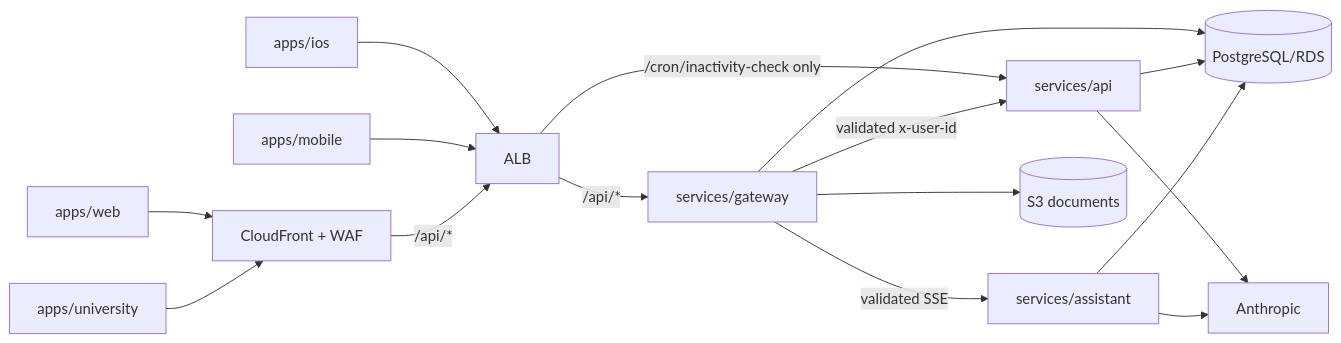
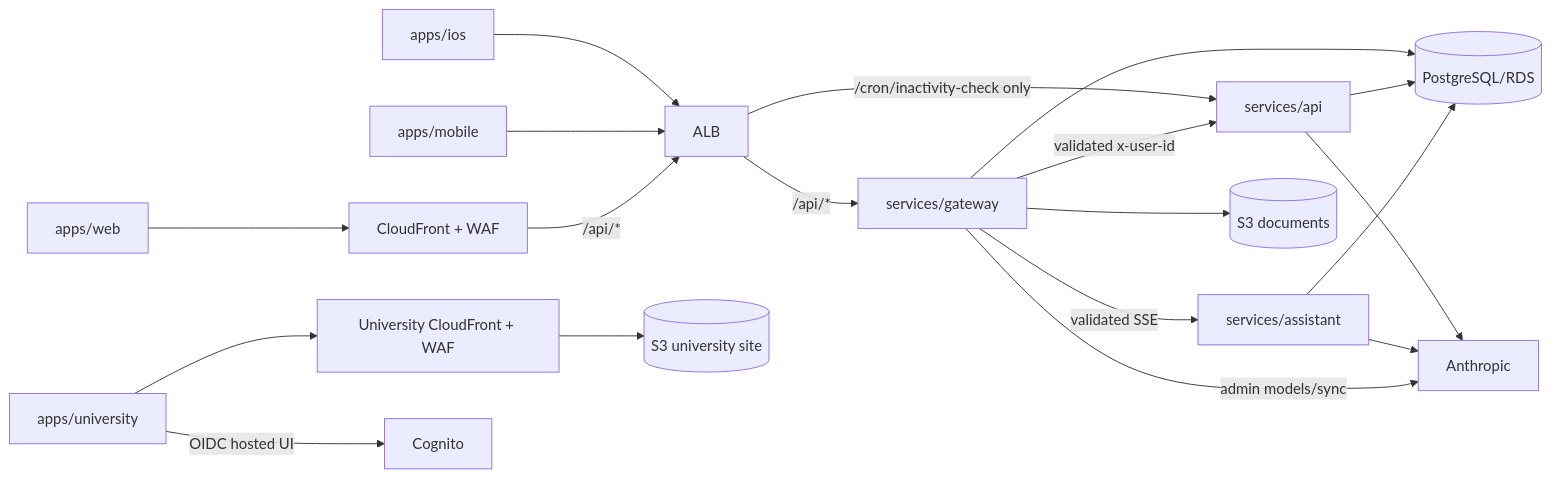
One commit to reddy-sh/pattadar-platform changed the diagram in .kiro/skills/architecture-trace/references/system-map.md. Above: the diagram before and after it, drawn with Mermaid. The commit also changed other lines of this file and 864 other files, not shown here.

````diff
--- a/.kiro/skills/architecture-trace/references/system-map.md
+++ b/.kiro/skills/architecture-trace/references/system-map.md
@@ -28,15 +28,17 @@
 ```mermaid
 flowchart LR
   WEB[apps/web] --> EDGE[CloudFront + WAF]
   IOS[apps/ios] --> ALB[ALB]
   MOB[apps/mobile] --> ALB
-  UNI[apps/university] --> EDGE
+  UNI[apps/university] --> UEDGE[University CloudFront + WAF] --> USITE[(S3 university site)]
+  UNI -->|OIDC hosted UI| COG[Cognito]
   EDGE -->|/api/*| ALB
   ALB -->|/api/*| GW[services/gateway]
   ALB -->|/cron/inactivity-check only| API[services/api]
   GW -->|validated x-user-id| API
   GW -->|validated SSE| AST[services/assistant]
   GW --> S3[(S3 documents)]
   GW & API & AST --> PG[(PostgreSQL/RDS)]
   API & AST --> ANT[Anthropic]
+  GW -->|admin models/sync| ANT
 ```
````
